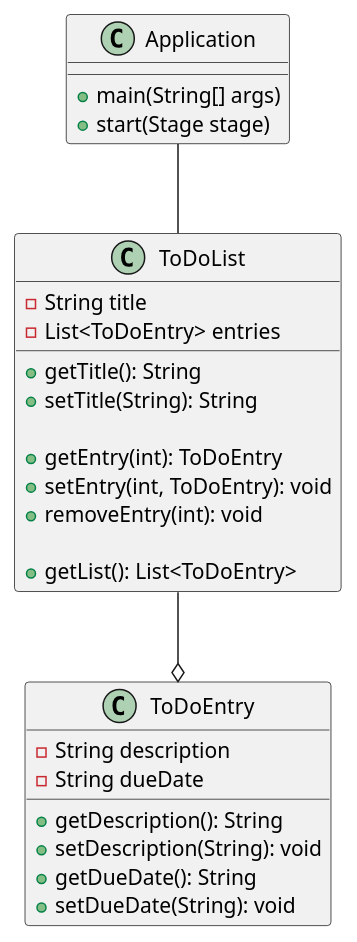
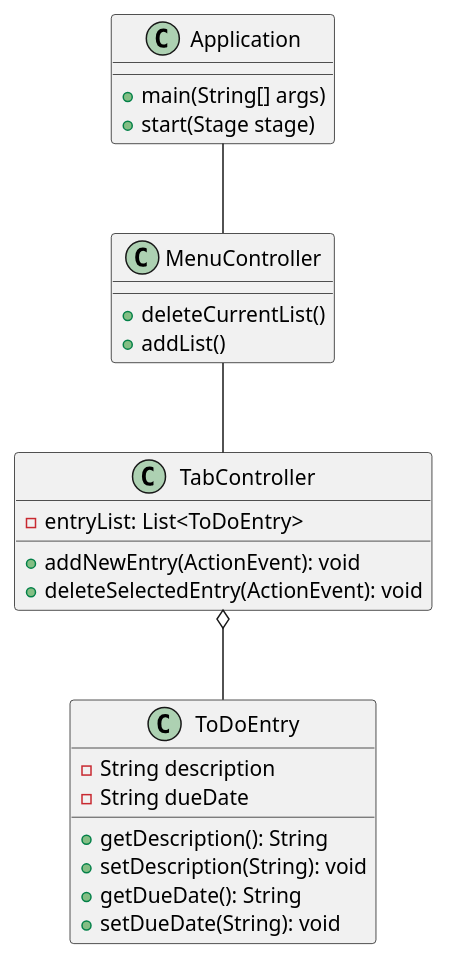
The diagram in docs/UMLDiagram.puml (tom-pluto/Wallsmith-app1-design), drawn with PlantUML before and after one commit. The commit also changed 8 other files, not shown here.

```diff
--- a/docs/UMLDiagram.puml
+++ b/docs/UMLDiagram.puml
@@ -1,57 +1,75 @@
 @startuml
 'https://plantuml.com/class-diagram
 
 class ToDoEntry {
 ' a specific entry that shows up in the to-do lists
 
 - String description
 - String dueDate
 
 + getDescription(): String
 + setDescription(String): void
 + getDueDate(): String
 + setDueDate(String): void
 
 }
 
-class ToDoList {
-' the to-do list
+' originally planned to use a ToDoList to manage a list, but I think I'll just
+' do this at runtime (see below)
+'class ToDoList {
+'' the to-do list
+'
+'- String title
+'- List<ToDoEntry> entries
+'
+'+ getTitle(): String
+'+ setTitle(String): String
+'
+'+ getEntry(int): ToDoEntry
+'+ setEntry(int, ToDoEntry): void
+'+ removeEntry(int): void
+'
+'+ getList(): List<ToDoEntry>
+'
+'}
 
-- String title
-- List<ToDoEntry> entries
-
-+ getTitle(): String
-+ setTitle(String): String
-
-+ getEntry(int): ToDoEntry
-+ setEntry(int, ToDoEntry): void
-+ removeEntry(int): void
-
-+ getList(): List<ToDoEntry>
-
-}
-
+'might implement this ToDoManger class later if it feels
+'necessary
 'class ToDoManager {
 '
 '   - int numToDoList
 '   - List<ToDoList> list
 '
 '   + addToDoList(String): void
 '   + removeToDoList(int): void
 '   + getToDoLists(): List<ToDoList>
 '
 '}
 
+class MenuController {
+
+    + deleteCurrentList()
+    + addList()
+
+}
+
 class Application {
 
     + main(String[] args)
     + start(Stage stage)
 
 }
 
-ToDoList --o ToDoEntry
-' ToDoManager --o ToDoList
-' Application -- ToDoManager
-Application -- ToDoList
+class TabController {
 
+    - entryList: List<ToDoEntry>
+
+    + addNewEntry(ActionEvent): void
+    + deleteSelectedEntry(ActionEvent): void
+
+}
+
+Application -- MenuController
+MenuController -- TabController
+TabController o-- ToDoEntry
 @enduml
```
